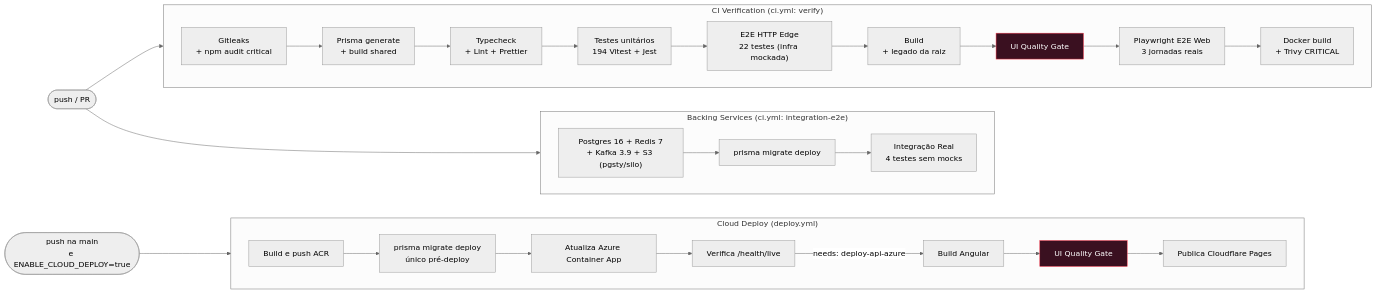
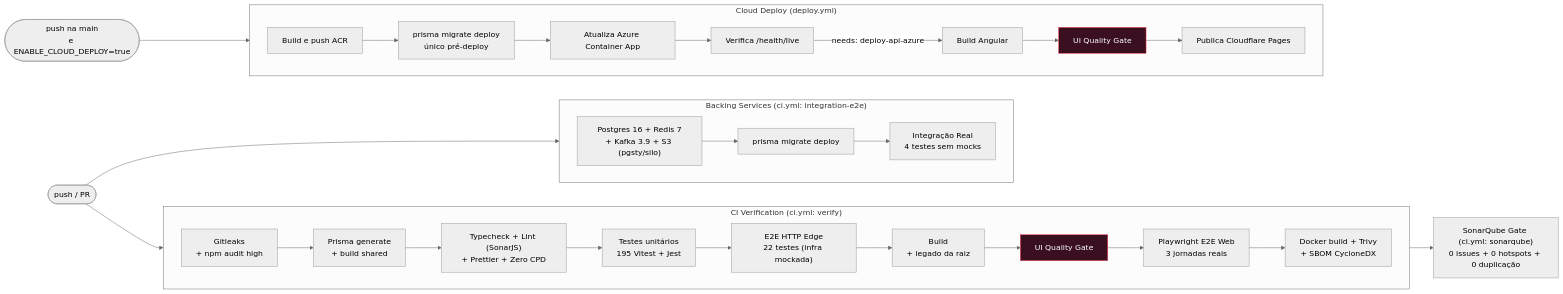
The eighth of 12 diagrams in README.md (Digooow/pokedex-frontend), drawn with Mermaid (neutral theme) before and after one commit. The commit also changed other lines of this file and 16 other files, not shown here.

````diff
--- a/README.md
+++ b/README.md
@@ -483,32 +483,34 @@
 ```mermaid
 flowchart LR
   push(["push / PR"]) --> v
   push --> integ
 
   subgraph v["CI Verification (ci.yml: verify)"]
     direction LR
-    s0["Gitleaks<br/>+ npm audit critical"] --> s1["Prisma generate<br/>+ build shared"] --> s2["Typecheck<br/>+ Lint + Prettier"]
-    s2 --> s4["Testes unitários<br/>194 Vitest + Jest"]
+    s0["Gitleaks<br/>+ npm audit high"] --> s1["Prisma generate<br/>+ build shared"] --> s2["Typecheck + Lint (SonarJS)<br/>+ Prettier + Zero CPD"]
+    s2 --> s4["Testes unitários<br/>195 Vitest + Jest"]
     s4 --> s5["E2E HTTP Edge<br/>22 testes (infra mockada)"]
     s5 --> s6["Build<br/>+ legado da raiz"]
     s6 --> s7["UI Quality Gate"]
     s7 --> s7b["Playwright E2E Web<br/>3 jornadas reais"]
-    s7b --> s8["Docker build<br/>+ Trivy CRITICAL"]
+    s7b --> s8["Docker build + Trivy<br/>+ SBOM CycloneDX"]
   end
+
+  v --> sq["SonarQube Gate (ci.yml: sonarqube)<br/>0 issues + 0 hotspots + 0 duplicação"]
 
   subgraph integ["Backing Services (ci.yml: integration-e2e)"]
     direction LR
     i1["Postgres 16 + Redis 7<br/>+ Kafka 3.9 + S3 (pgsty/silo)"] --> i2["prisma migrate deploy"] --> i3["Integração Real<br/>4 testes sem mocks"]
   end
 
   push2(["push na main<br/>e ENABLE_CLOUD_DEPLOY=true"]) --> d
 
   subgraph d["Cloud Deploy (deploy.yml)"]
     direction LR
     a1["Build e push ACR"] --> a1b["prisma migrate deploy<br/>único pré-deploy"] --> a2["Atualiza Azure Container App"] --> a3["Verifica /health/live"]
     a3 -->|"needs: deploy-api-azure"| b1["Build Angular"] --> b2["UI Quality Gate"] --> b3["Publica Cloudflare Pages"]
   end
 
   classDef gate fill:#3a1020,stroke:#ff3b4e,color:#fff
   class s7,b2 gate
 ```
````
